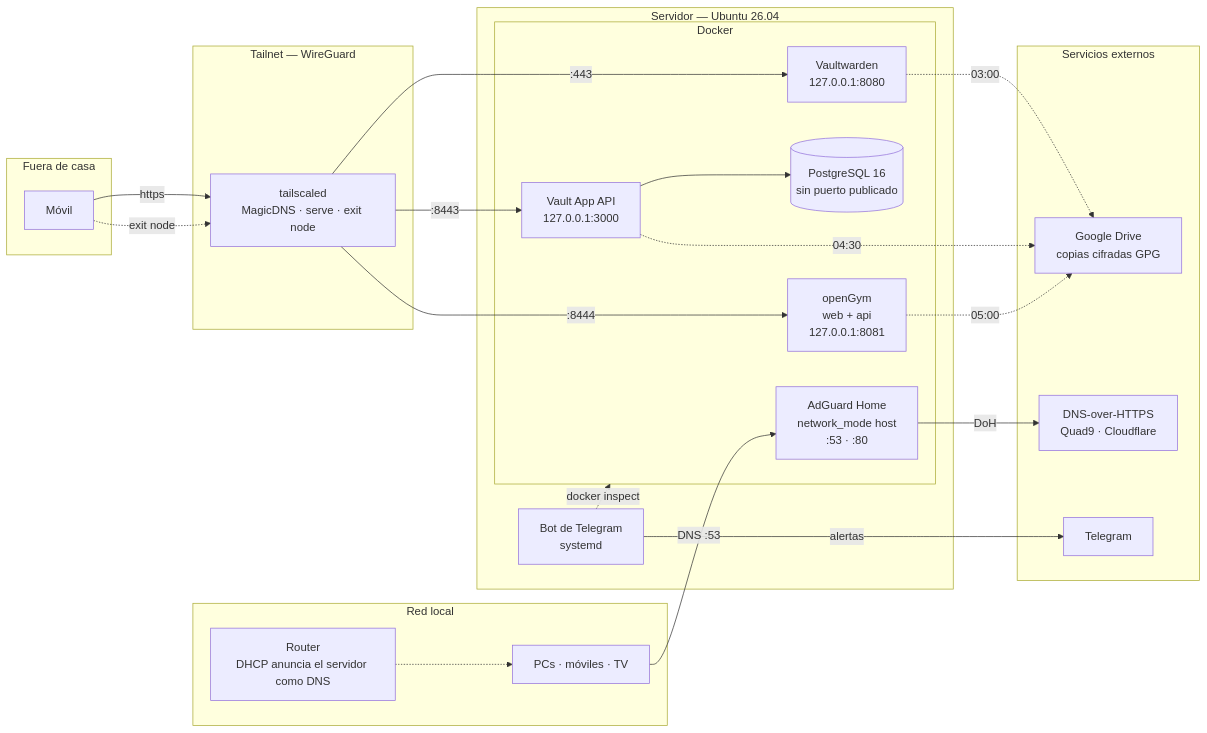
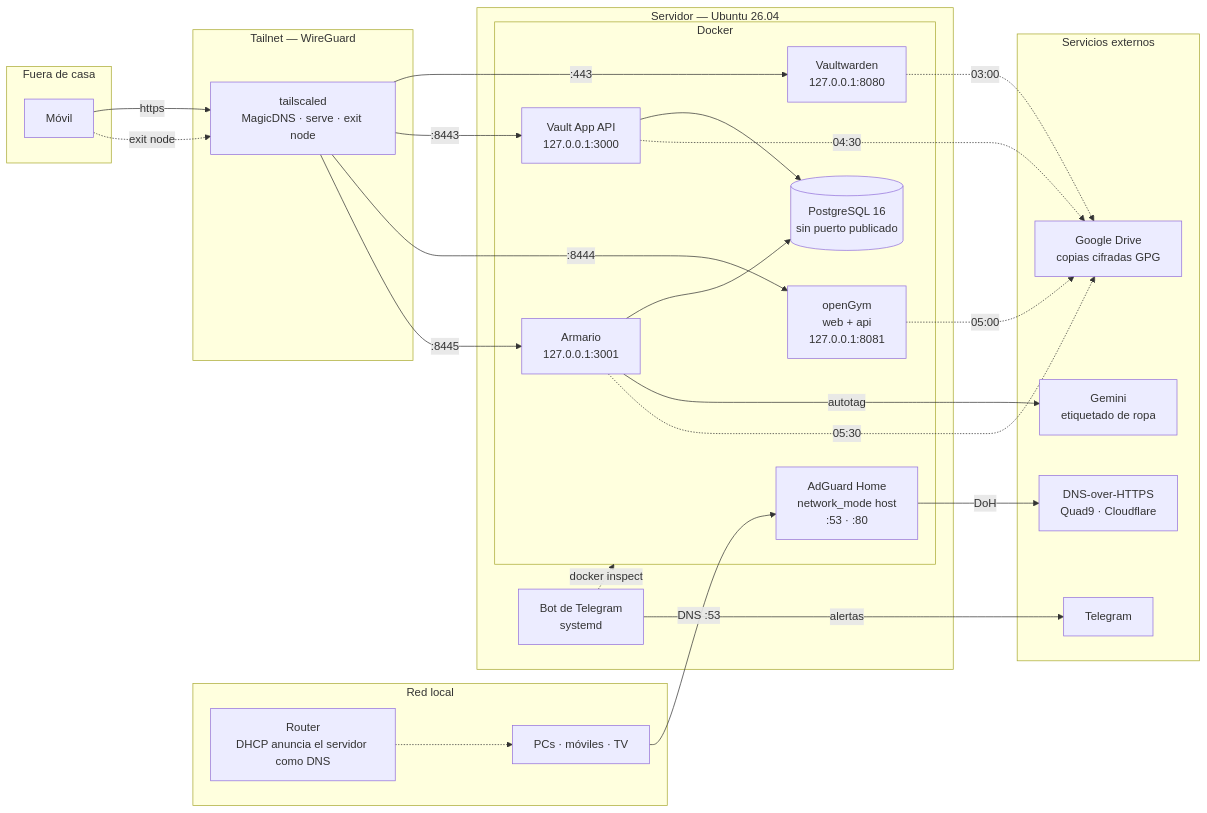
Before and after one commit to SaguadoDev/homelab: the diagram in README.md, drawn with Mermaid. The commit also changed other lines of this file and 13 other files, not shown here.

````diff
--- a/README.md
+++ b/README.md
@@ -37,47 +38,53 @@
 ```mermaid
 flowchart LR
     subgraph fuera ["Fuera de casa"]
         movil["Móvil"]
     end
 
     subgraph lan ["Red local"]
         router["Router<br/>DHCP anuncia el servidor como DNS"]
         disp["PCs · móviles · TV"]
     end
 
     subgraph tailnet ["Tailnet — WireGuard"]
         tsd["tailscaled<br/>MagicDNS · serve · exit node"]
     end
 
     subgraph host ["Servidor — Ubuntu 26.04"]
         bot["Bot de Telegram<br/>systemd"]
         subgraph docker ["Docker"]
             adg["AdGuard Home<br/>network_mode host<br/>:53 · :80"]
             vw["Vaultwarden<br/>127.0.0.1:8080"]
             api["Vault App API<br/>127.0.0.1:3000"]
             pg[("PostgreSQL 16<br/>sin puerto publicado")]
             og["openGym<br/>web + api<br/>127.0.0.1:8081"]
+            arm["Armario<br/>127.0.0.1:3001"]
         end
     end
 
     subgraph ext ["Servicios externos"]
+        gem["Gemini<br/>etiquetado de ropa"]
         doh["DNS-over-HTTPS<br/>Quad9 · Cloudflare"]
         drive["Google Drive<br/>copias cifradas GPG"]
         tg["Telegram"]
     end
 
     movil -->|"https"| tsd
     movil -.->|"exit node"| tsd
     router -.-> disp
     disp -->|"DNS :53"| adg
     tsd -->|":443"| vw
     tsd -->|":8443"| api
     tsd -->|":8444"| og
+    tsd -->|":8445"| arm
     api --> pg
+    arm --> pg
     adg -->|"DoH"| doh
+    arm -->|"autotag"| gem
     bot -.->|"docker inspect"| docker
     bot -->|"alertas"| tg
     vw -.->|"03:00"| drive
     api -.->|"04:30"| drive
     og -.->|"05:00"| drive
+    arm -.->|"05:30"| drive
 ```
````
